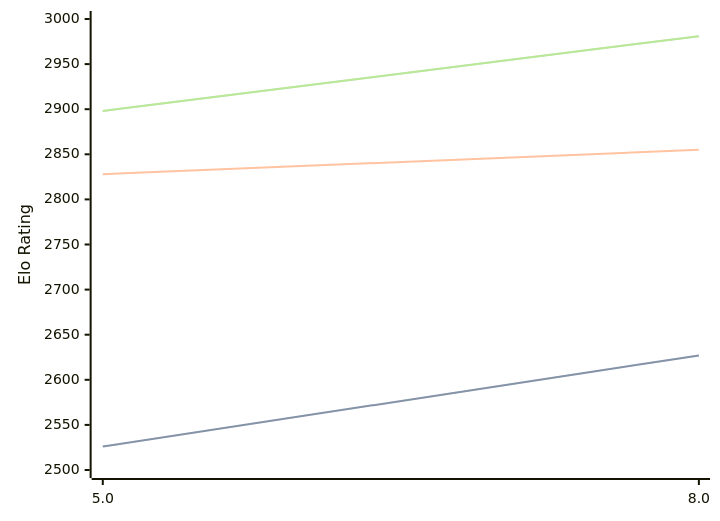
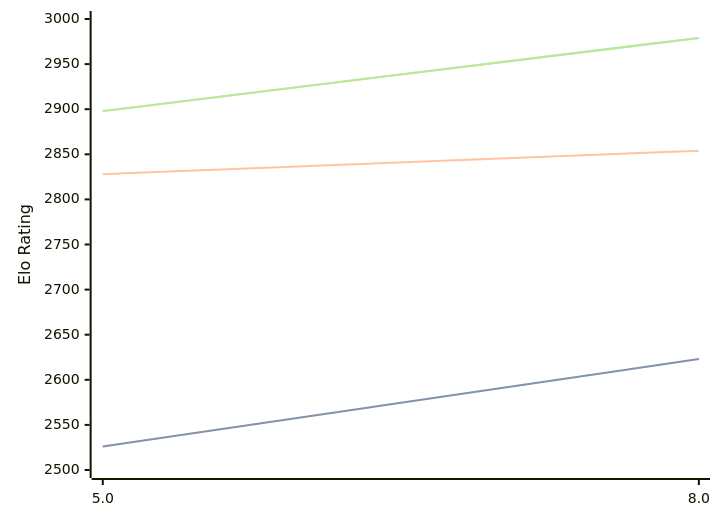
Before and after one commit to computer-chess-index/cci: the diagram in engines/4kc.md, drawn with Mermaid. The commit also changed other lines of this file, not shown here.

Commit message:
Update CCI Ratings (ELO VLTC) - 2026-04-20

````diff
--- a/engines/4kc.md
+++ b/engines/4kc.md
@@ -41,11 +41,11 @@
 ```mermaid
 %%{init: {"theme":"base","themeVariables":{"seriesColors:['#a3a3a3','#222221','#faa371']}}}%%
 xychart-beta
   x-axis ["5.0", "8.0"]
   y-axis "Elo Rating" 2500 --> 3000
-  line "STC (8.0+0.08s)" [2526, 2627]
-  line "STC (8.0+0.08s)" [2526, 2627]
-  line "LTC (60.0+0.60s)" [2828, 2855]
-  line "VLTC (2m24s+1.12s)" [2898, 2981]
-  line "VLTC (2m24s+1.12s)" [2898, 2981]
+  line "STC (8.0+0.08s)" [2526, 2623]
+  line "STC (8.0+0.08s)" [2526, 2623]
+  line "LTC (60.0+0.60s)" [2828, 2854]
+  line "VLTC (2m24s+1.12s)" [2898, 2979]
+  line "VLTC (2m24s+1.12s)" [2898, 2979]
 ```
````
